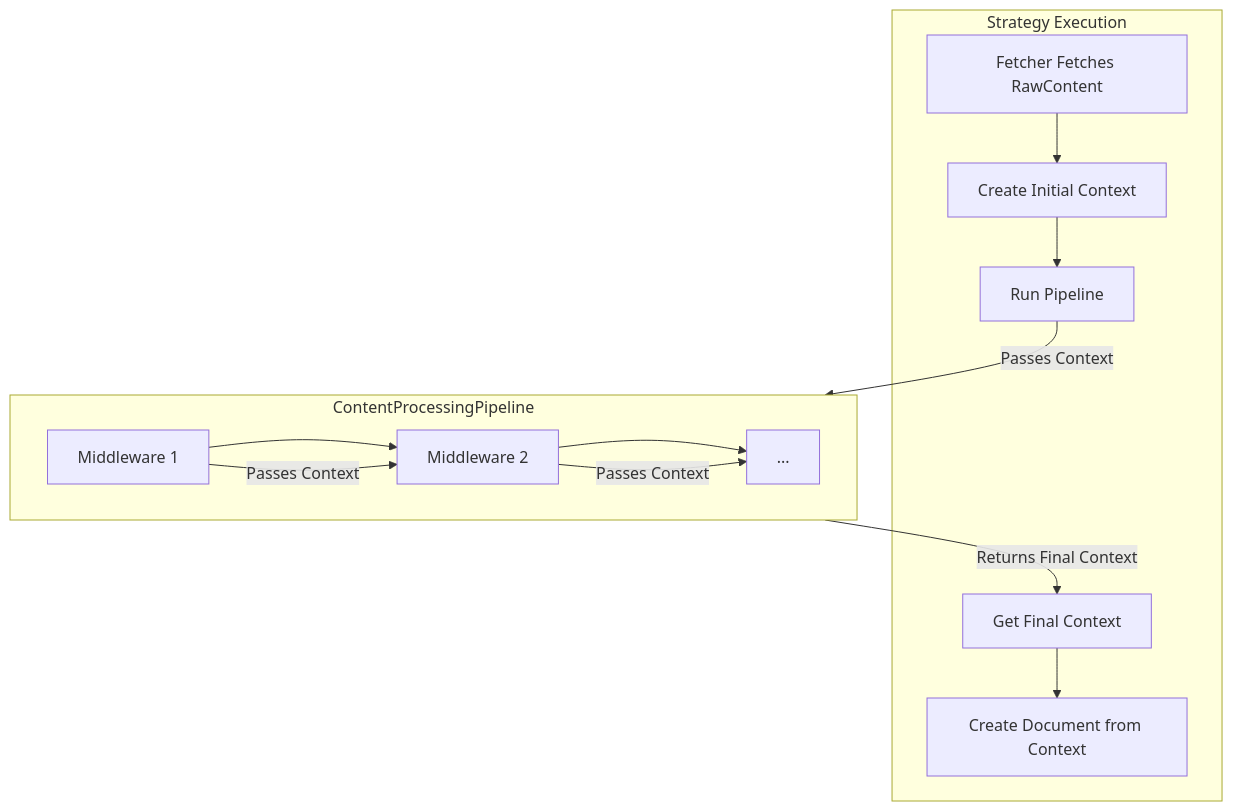
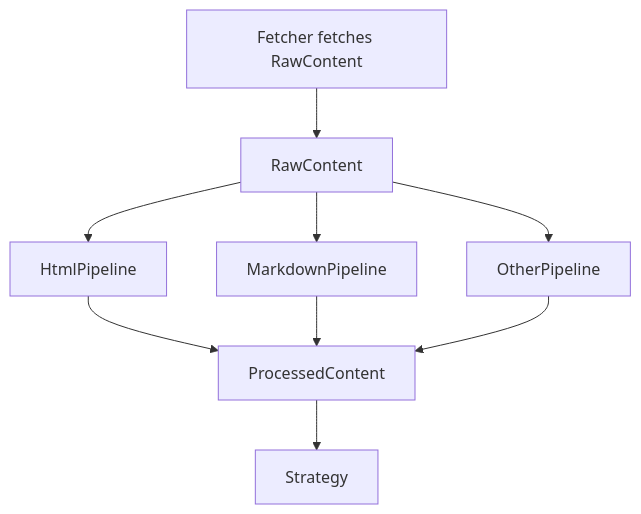
One commit to theshadow27/docs-mcp-server changed the first of 5 diagrams in ARCHITECTURE.md. Above: the diagram before and after it, drawn with Mermaid. The commit also changed 13 other files, not shown here.

````diff
--- a/ARCHITECTURE.md
+++ b/ARCHITECTURE.md
@@ -68,23 +68,11 @@
 ```mermaid
 graph TD
-    subgraph Strategy Execution
-        F[Fetcher Fetches RawContent]
-        CtxIn[Create Initial Context]
-        Pipe[Run Pipeline]
-        CtxOut[Get Final Context]
-        Doc[Create Document from Context]
-    end
-
-    subgraph ContentProcessingPipeline
-        direction LR
-        M1[Middleware 1] --> M2[Middleware 2] --> M3[...]
-    end
-
-    F --> CtxIn
-    CtxIn --> Pipe
-    Pipe -- Passes Context --> M1
-    M1 -- Passes Context --> M2
-    M2 -- Passes Context --> M3
-    M3 -- Returns Final Context --> CtxOut
-    CtxOut --> Doc
+    F[Fetcher fetches RawContent] --> RC[RawContent]
+    RC --> HP[HtmlPipeline]
+    RC --> MP[MarkdownPipeline]
+    RC --> OP[OtherPipeline]
+    HP --> PCP[ProcessedContent]
+    MP --> PCP
+    OP --> PCP
+    PCP --> S[Strategy]
 ```
````
